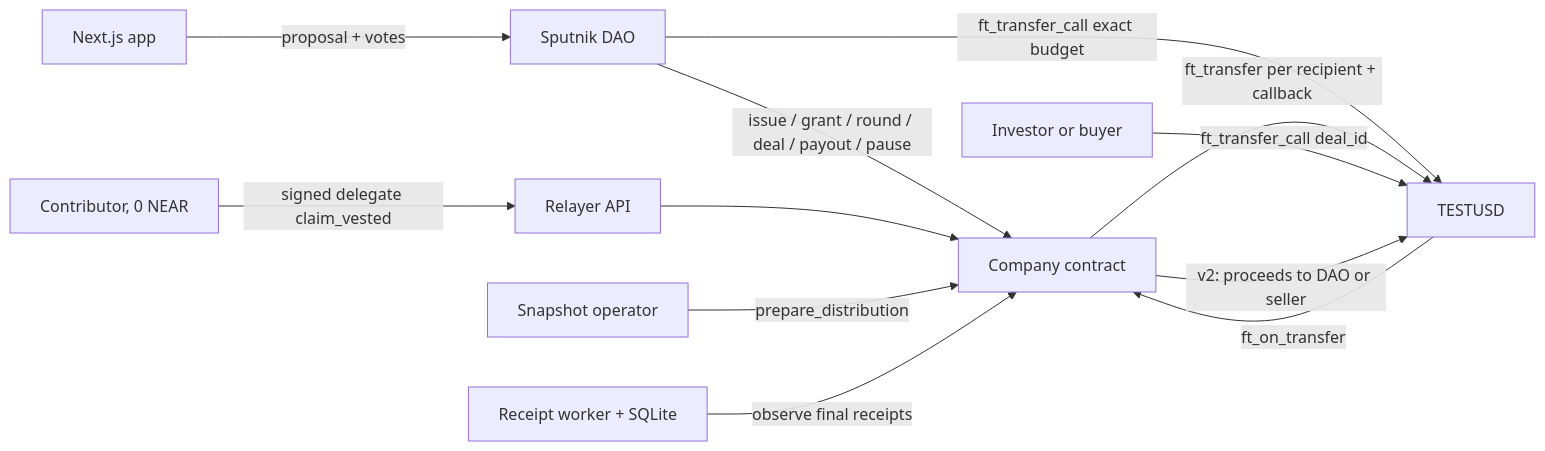
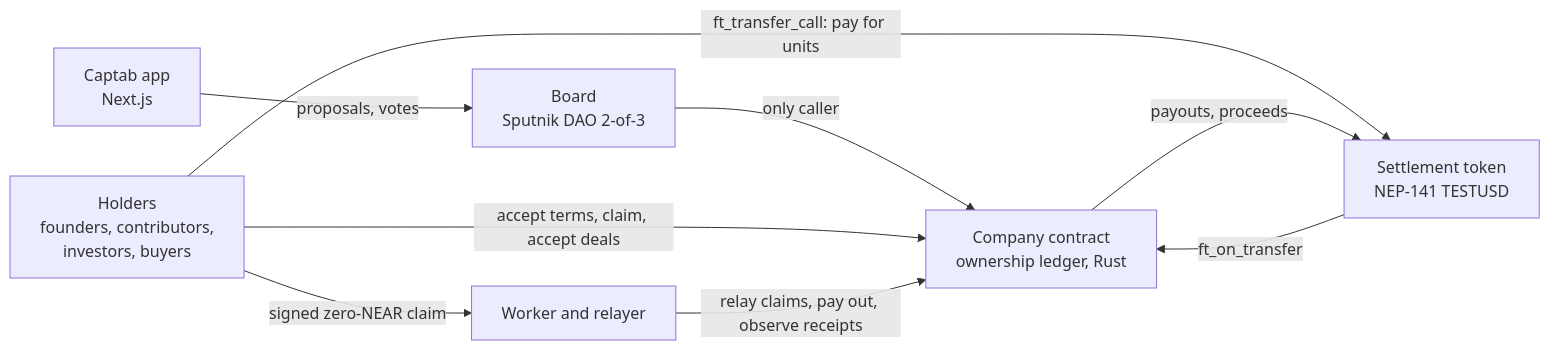
The diagram in README.md (mayohalo/captab), drawn with Mermaid before and after one commit. The commit also changed other lines of this file and 17 other files, not shown here.

````diff
--- a/README.md
+++ b/README.md
@@ -52,14 +126,11 @@
 ```mermaid
 flowchart LR
-  UI[Next.js app] -->|proposal + votes| DAO[Sputnik DAO]
-  DAO -->|issue / grant / round / deal / payout / pause| CO[Company contract]
-  DAO -->|ft_transfer_call exact budget| FT[TESTUSD]
+  APP[Captab app<br/>Next.js] -->|proposals, votes| DAO[Board<br/>Sputnik DAO 2-of-3]
+  DAO -->|only caller| CO[Company contract<br/>ownership ledger, Rust]
+  H[Holders<br/>founders, contributors,<br/>investors, buyers] -->|accept terms, claim, accept deals| CO
+  H -->|ft_transfer_call: pay for units| FT[Settlement token<br/>NEP-141 TESTUSD]
   FT -->|ft_on_transfer| CO
-  CO -->|ft_transfer per recipient + callback| FT
-  User[Contributor, 0 NEAR] -->|signed delegate claim_vested| RL[Relayer API]
-  RL --> CO
-  OP[Snapshot operator] -->|prepare_distribution| CO
-  WK[Receipt worker + SQLite] -->|observe final receipts| CO
-  INV[Investor or buyer] -->|ft_transfer_call deal_id| FT
-  CO -->|v2: proceeds to DAO or seller| FT
+  CO -->|payouts, proceeds| FT
+  H -->|signed zero-NEAR claim| W[Worker and relayer]
+  W -->|relay claims, pay out, observe receipts| CO
 ```
````
